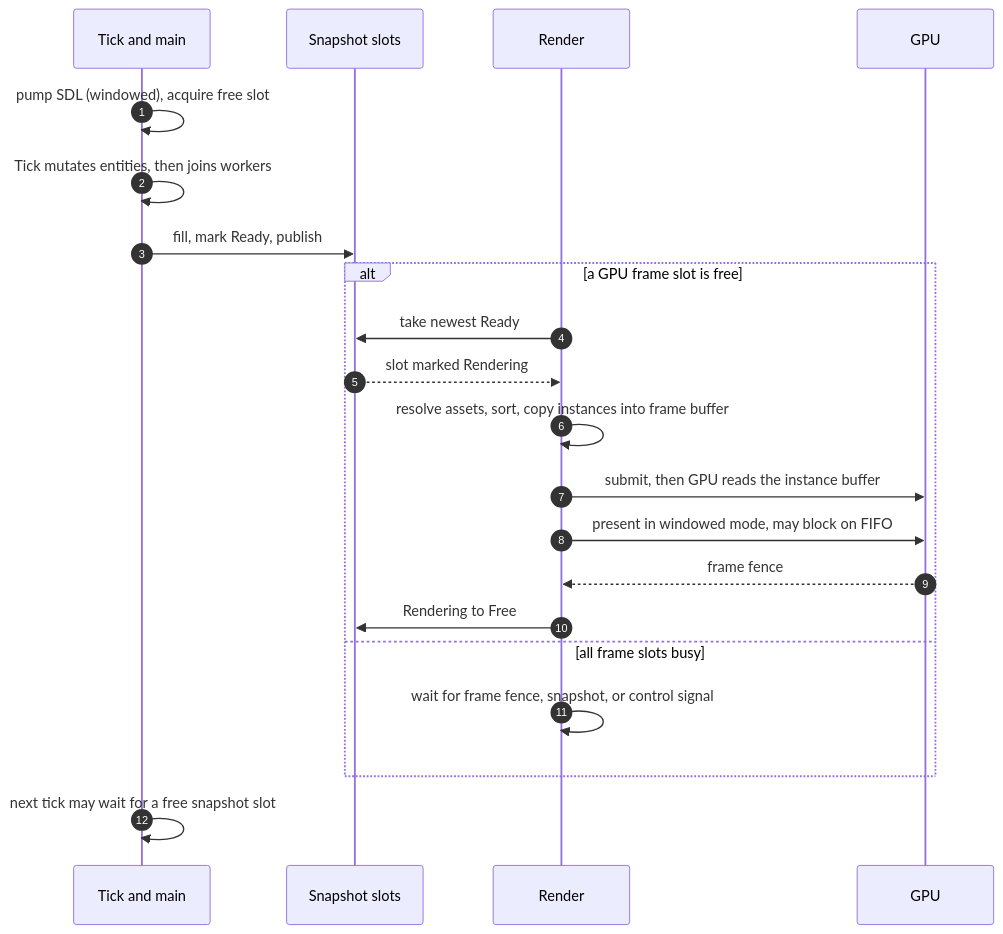
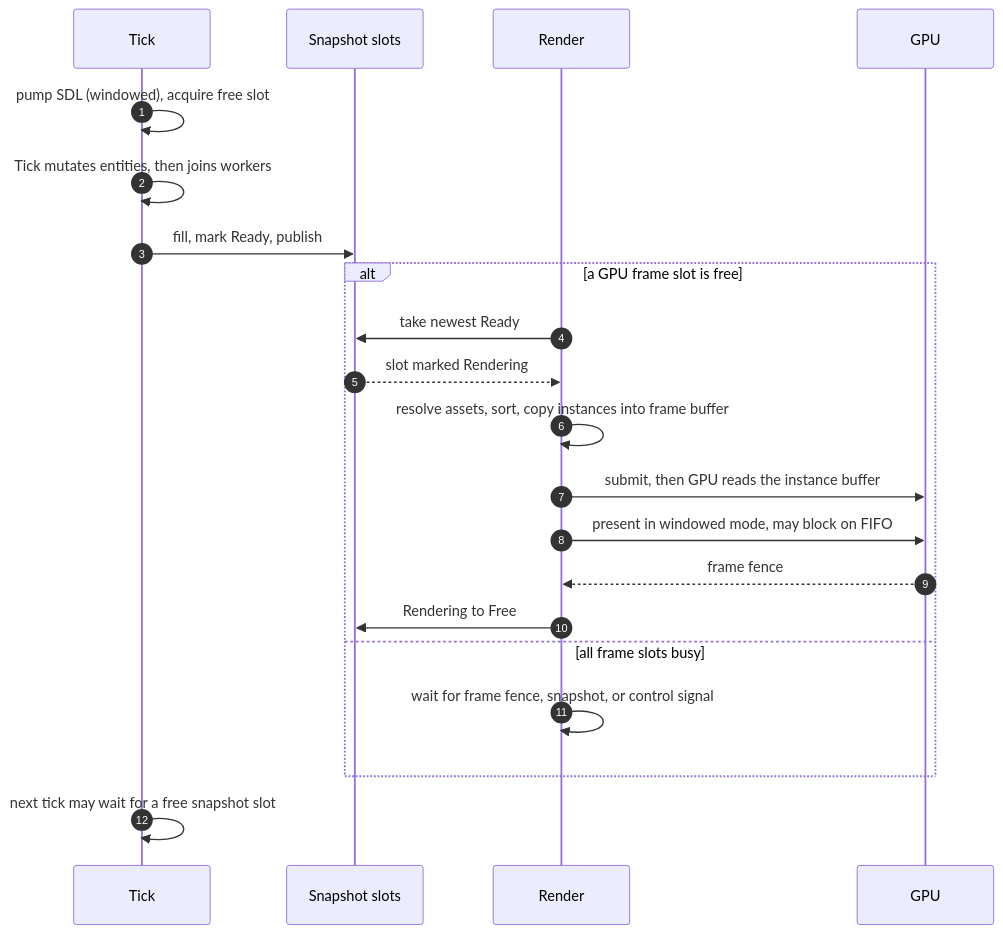
The second of 2 diagrams in docs/architecture/threading.md (BorkEngine/Bork2d), drawn with Mermaid before and after one commit. The commit also changed other lines of this file and 13 other files, not shown here.

````diff
--- a/docs/architecture/threading.md
+++ b/docs/architecture/threading.md
@@ -238,24 +247,24 @@
 ```mermaid
 sequenceDiagram
     autonumber
-    participant T as Tick and main
+    participant T as Tick
     participant S as Snapshot slots
     participant R as Render
     participant G as GPU
 
     T->>T: pump SDL (windowed), acquire free slot
     T->>T: Tick mutates entities, then joins workers
     T->>S: fill, mark Ready, publish
     alt a GPU frame slot is free
         R->>S: take newest Ready
         S-->>R: slot marked Rendering
         R->>R: resolve assets, sort, copy instances into frame buffer
         R->>G: submit, then GPU reads the instance buffer
         R->>G: present in windowed mode, may block on FIFO
         G-->>R: frame fence
         R->>S: Rendering to Free
     else all frame slots busy
         R->>R: wait for frame fence, snapshot, or control signal
     end
     T->>T: next tick may wait for a free snapshot slot
 ```
````
